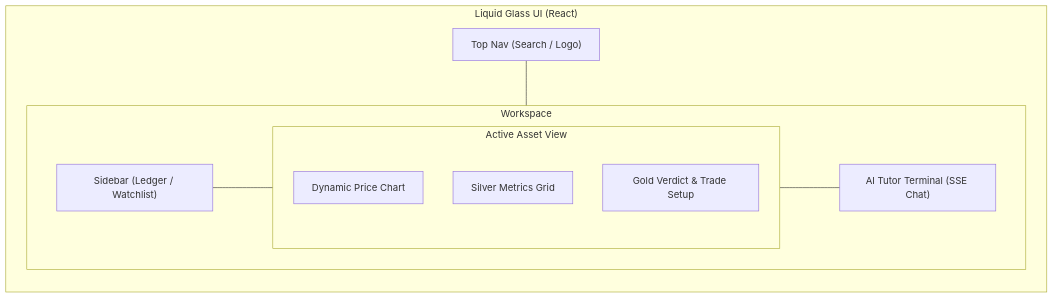
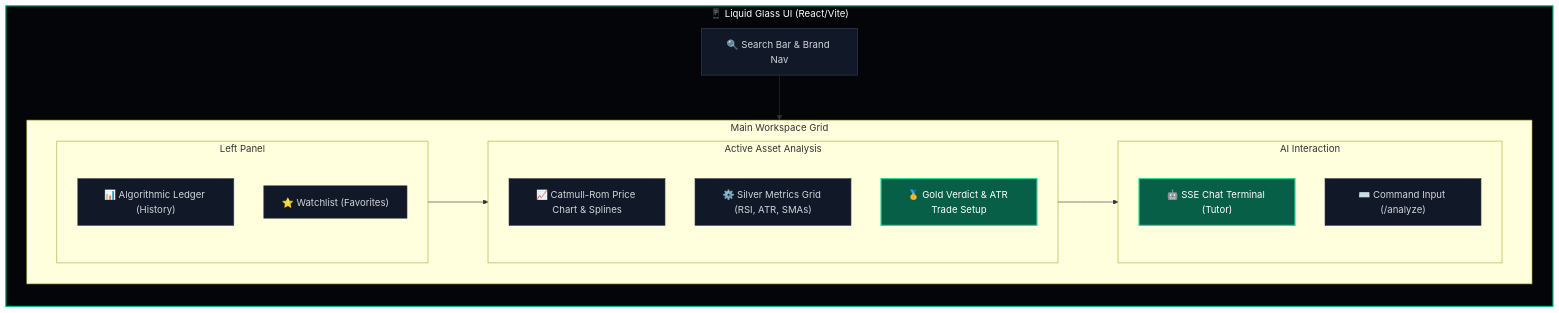
The first of 4 diagrams in README.md (gh0gale/INVR), drawn with Mermaid before and after one commit. The commit also changed other lines of this file, not shown here.

First line of the commit message:
Revise architecture diagrams and UI descriptions

````diff
--- a/README.md
+++ b/README.md
@@ -11,20 +11,40 @@
 ```mermaid
 flowchart TB
-    subgraph UI["Liquid Glass UI (React)"]
+    classDef layout fill:#030508,stroke:#10B981,stroke-width:2px,color:#fff;
+    classDef panel fill:#111827,stroke:#374151,stroke-width:1px,color:#d1d5db;
+    classDef highlight fill:#065f46,stroke:#34d399,stroke-width:2px,color:#fff;
+    
+    subgraph UI["📱 Liquid Glass UI (React/Vite)"]
         direction TB
-        Top["Top Nav (Search / Logo)"]
-        subgraph Main["Workspace"]
+        TopNav["🔍 Search Bar & Brand Nav"]:::panel
+        
+        subgraph Workspace["Main Workspace Grid"]
             direction LR
-            Side["Sidebar (Ledger / Watchlist)"]
-            subgraph Content["Active Asset View"]
+            
+            subgraph LeftCol["Left Panel"]
                 direction TB
-                Chart["Dynamic Price Chart"]
-                Metrics["Silver Metrics Grid"]
-                Verdict["Gold Verdict & Trade Setup"]
+                Ledger["📊 Algorithmic Ledger (History)"]:::panel
+                Watchlist["⭐ Watchlist (Favorites)"]:::panel
             end
-            Term["AI Tutor Terminal (SSE Chat)"]
-            Side --- Content --- Term
+            
+            subgraph CenterCol["Active Asset Analysis"]
+                direction TB
+                Chart["📈 Catmull-Rom Price Chart & Splines"]:::panel
+                Metrics["⚙️ Silver Metrics Grid (RSI, ATR, SMAs)"]:::panel
+                Verdict["🥇 Gold Verdict & ATR Trade Setup"]:::highlight
+            end
+            
+            subgraph RightCol["AI Interaction"]
+                direction TB
+                Terminal["🤖 SSE Chat Terminal (Tutor)"]:::highlight
+                Input["⌨️ Command Input (/analyze)"]:::panel
+            end
+            
+            LeftCol --> CenterCol
+            CenterCol --> RightCol
         end
-        Top --- Main
+        
+        TopNav --> Workspace
     end
+    class UI layout
 ```
````
